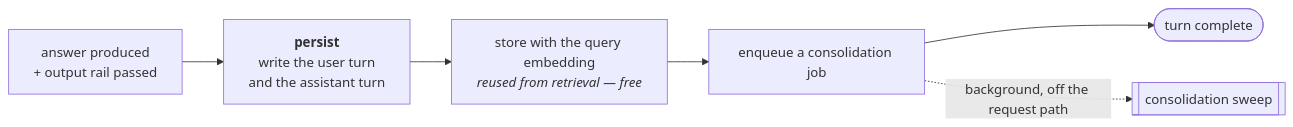
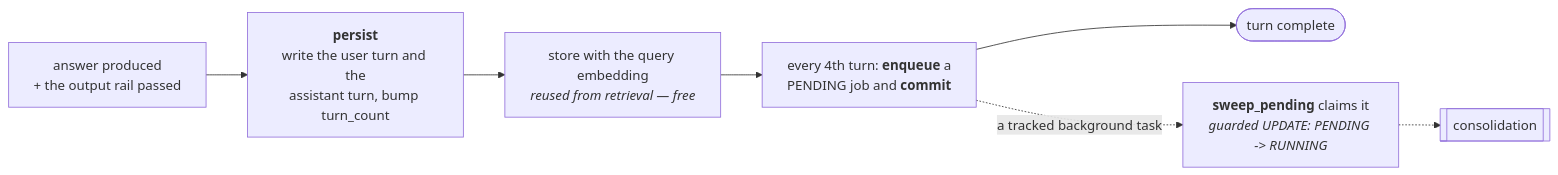
One commit to yrevash/aegis changed the third of 5 diagrams in docs/teaching/memory/40-diagrams.md. Above: the diagram before and after it, drawn with Mermaid. The commit also changed other lines of this file and 111 other files, not shown here.

````diff
--- a/docs/teaching/memory/40-diagrams.md
+++ b/docs/teaching/memory/40-diagrams.md
@@ -76,9 +92,10 @@
 ```mermaid
 flowchart LR
-    A["answer produced<br/>+ output rail passed"] --> PER["<b>persist</b><br/>write the user turn<br/>and the assistant turn"]
+    A["answer produced<br/>+ the output rail passed"] --> PER["<b>persist</b><br/>write the user turn and the<br/>assistant turn, bump turn_count"]
     PER --> EMB["store with the query embedding<br/><i>reused from retrieval — free</i>"]
-    EMB --> ENQ["enqueue a consolidation job"]
-    ENQ --> DONE([turn complete])
+    EMB --> ENQ["every 4th turn: <b>enqueue</b> a<br/>PENDING job and <b>commit</b>"]
+    ENQ --> DONE(["turn complete"])
 
-    ENQ -.->|background, off the request path| CONS[["consolidation sweep"]]
+    ENQ -.->|"a tracked background task"| SW["<b>sweep_pending</b> claims it<br/><i>guarded UPDATE: PENDING -> RUNNING</i>"]
+    SW -.-> CONS[["consolidation"]]
 ```
````
